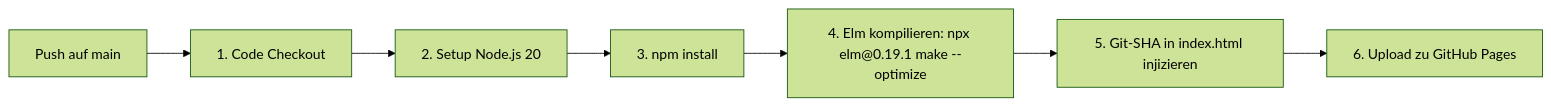
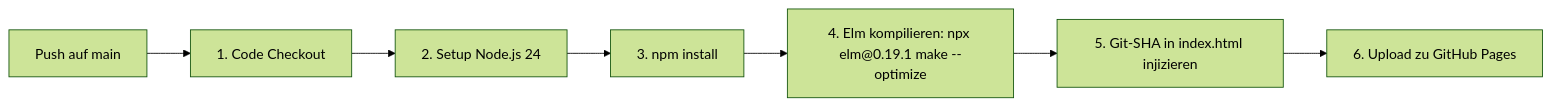
Before and after one commit to Der-Mehlmann/KrokenKompass: the diagram in docs/Deployment-&-CI-CD.md, drawn with Mermaid (forest theme). The commit also changed 3 other files, not shown here.

````diff
--- a/docs/Deployment-&-CI-CD.md
+++ b/docs/Deployment-&-CI-CD.md
@@ -11,9 +11,9 @@
 ```mermaid
 flowchart LR
     Push[Push auf main] --> Checkout[1. Code Checkout]
-    Checkout --> Setup[2. Setup Node.js 20]
+    Checkout --> Setup[2. Setup Node.js 24]
     Setup --> Install[3. npm install]
     Install --> Compile[4. Elm kompilieren: npx elm@0.19.1 make --optimize]
     Compile --> Version[5. Git-SHA in index.html injizieren]
     Version --> Deploy[6. Upload zu GitHub Pages]
 ```
````
